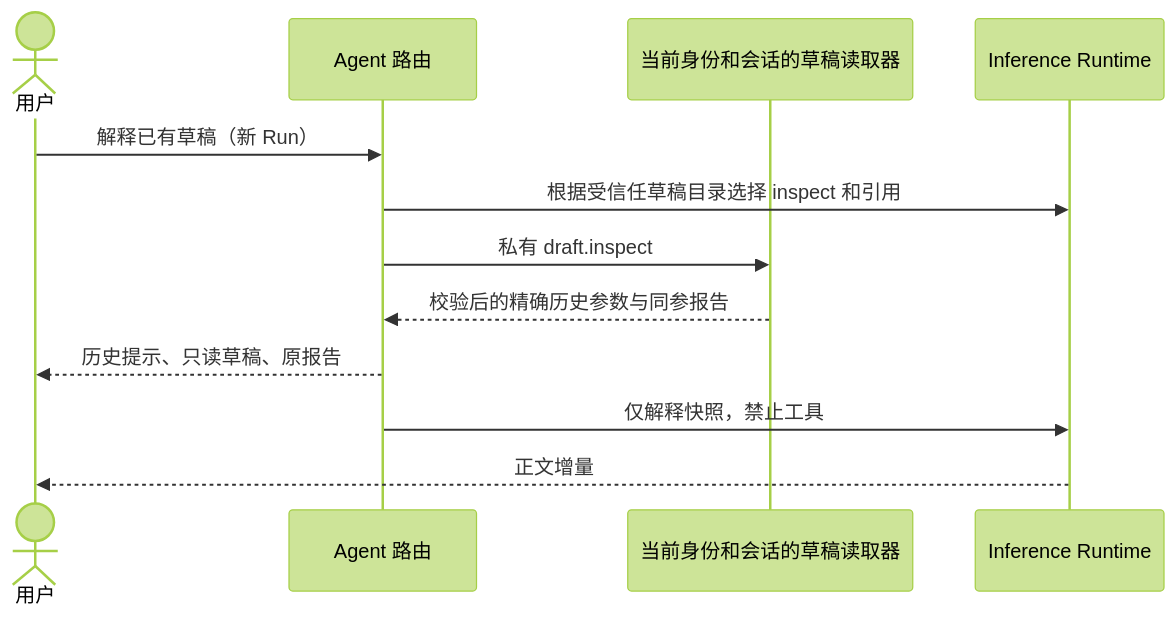
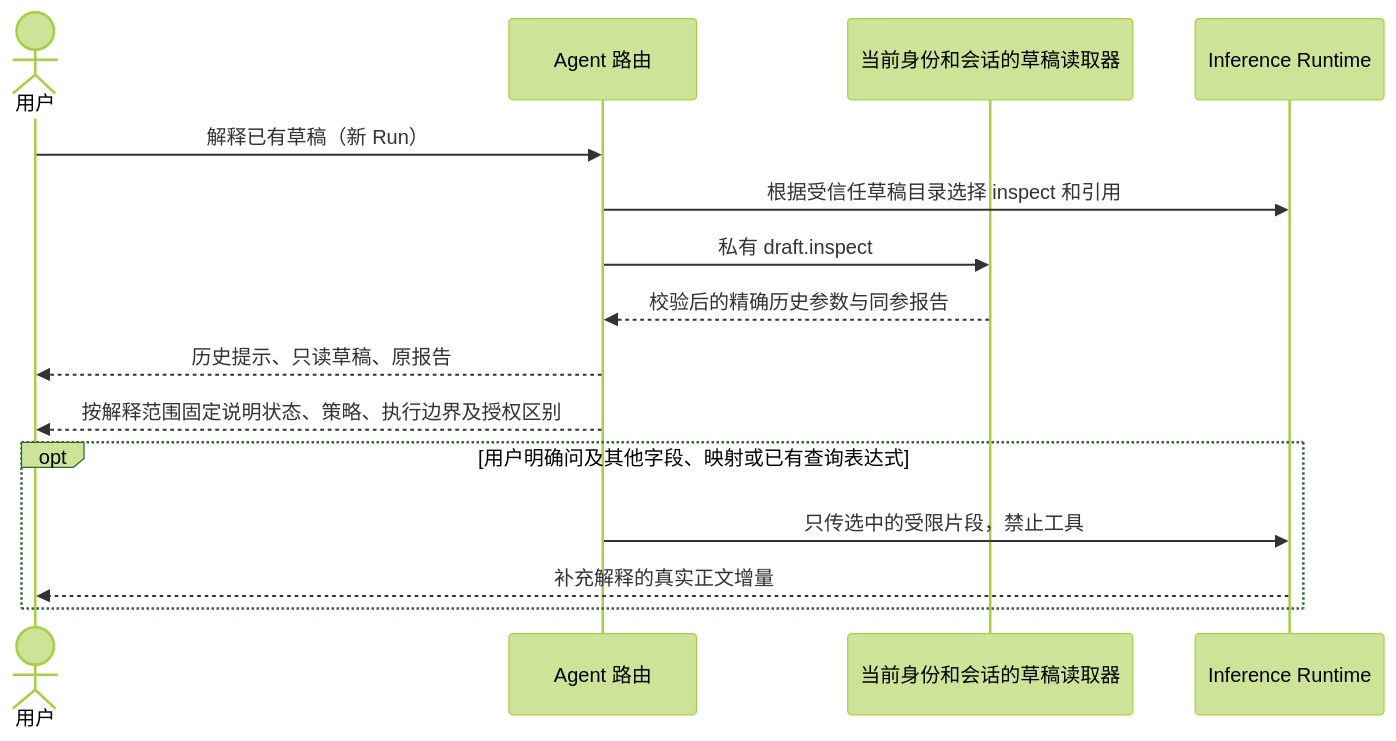
One commit to pampa0629/addp changed the second of 2 diagrams in agent/docs/当前实现的时序图分析.md. Above: the diagram before and after it, drawn with Mermaid (forest theme). The commit also changed other lines of this file and 18 other files, not shown here.

````diff
--- a/agent/docs/当前实现的时序图分析.md
+++ b/agent/docs/当前实现的时序图分析.md
@@ -48,14 +48,17 @@
 ```mermaid
 sequenceDiagram
     actor U as 用户
     participant R as Agent 路由
     participant D as 当前身份和会话的草稿读取器
     participant I as Inference Runtime
     U->>R: 解释已有草稿（新 Run）
     R->>I: 根据受信任草稿目录选择 inspect 和引用
     R->>D: 私有 draft.inspect
     D-->>R: 校验后的精确历史参数与同参报告
     R-->>U: 历史提示、只读草稿、原报告
-    R->>I: 仅解释快照，禁止工具
-    I-->>U: 正文增量
+    R-->>U: 按解释范围固定说明状态、策略、执行边界及授权区别
+    opt 用户明确问及其他字段、映射或已有查询表达式
+        R->>I: 只传选中的受限片段，禁止工具
+        I-->>U: 补充解释的真实正文增量
+    end
 ```
````
